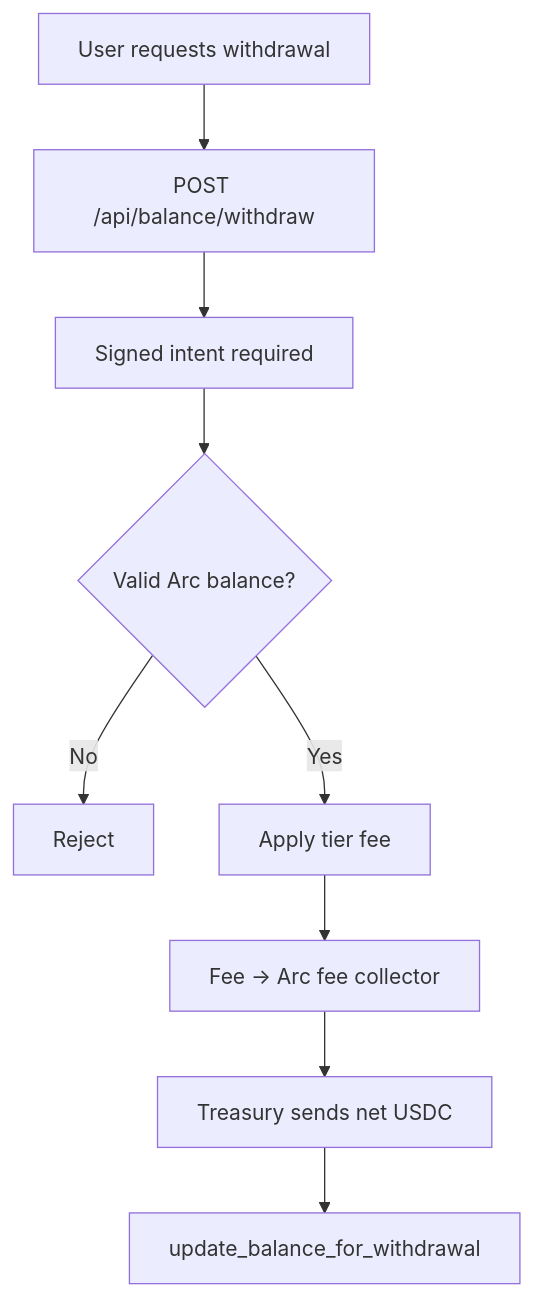
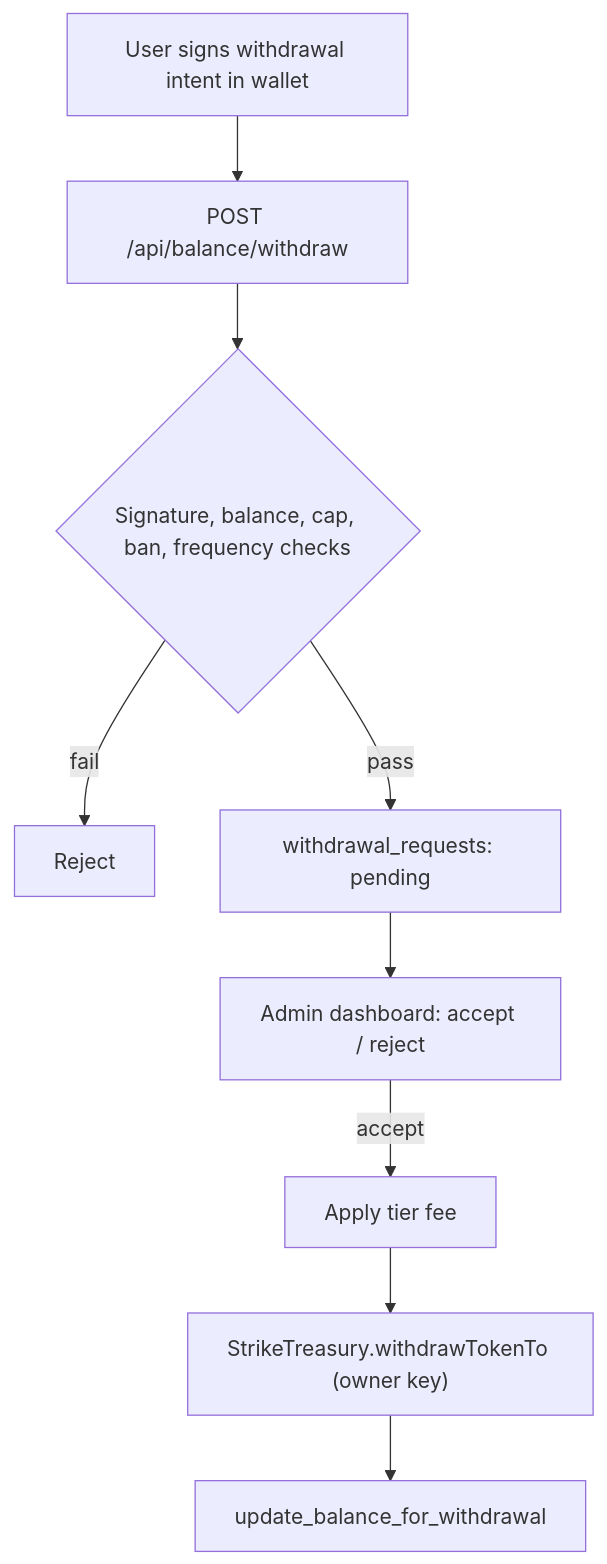
One commit to TryStrike/strike changed the third of 3 diagrams in README.md. Above: the diagram before and after it, drawn with Mermaid. The commit also changed other lines of this file and 15 other files, not shown here.

Commit message:
feat: wire the app to a usdc-only StrikeTreasury on arc testnet

````diff
--- a/README.md
+++ b/README.md
@@ -219,11 +244,11 @@
 ```mermaid
 flowchart TD
-  U[User requests withdrawal] --> W[POST /api/balance/withdraw]
-  W --> S[Signed intent required]
-  S --> V{Valid Arc balance?}
-  V -- No --> Y[Reject]
-  V -- Yes --> Z[Apply tier fee]
-  Z --> FEE[Fee → Arc fee collector]
-  FEE --> T[Treasury sends net USDC]
+  U[User signs withdrawal intent in wallet] --> W[POST /api/balance/withdraw]
+  W --> S{Signature, balance, cap, ban, frequency checks}
+  S -- fail --> Y[Reject]
+  S -- pass --> P[withdrawal_requests: pending]
+  P --> A[Admin dashboard: accept / reject]
+  A -- accept --> Z[Apply tier fee]
+  Z --> T["StrikeTreasury.withdrawTokenTo (owner key)"]
   T --> R[update_balance_for_withdrawal]
 ```
````
